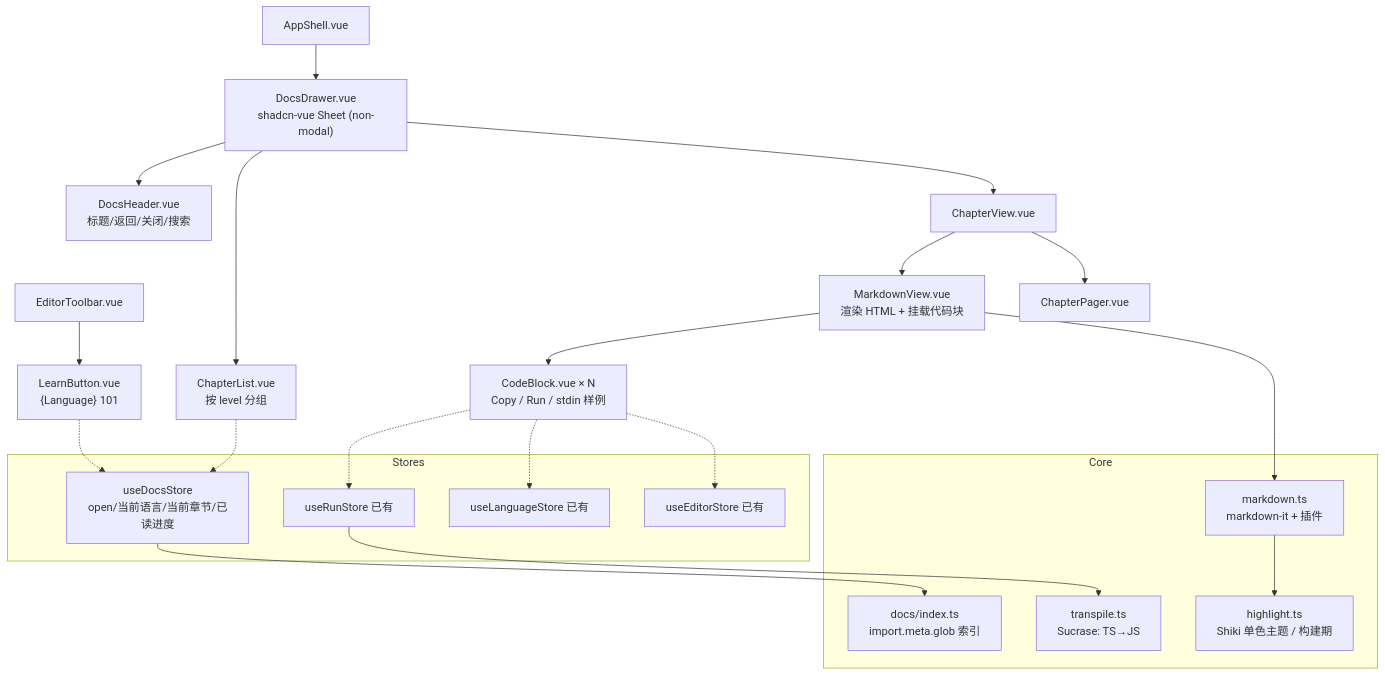
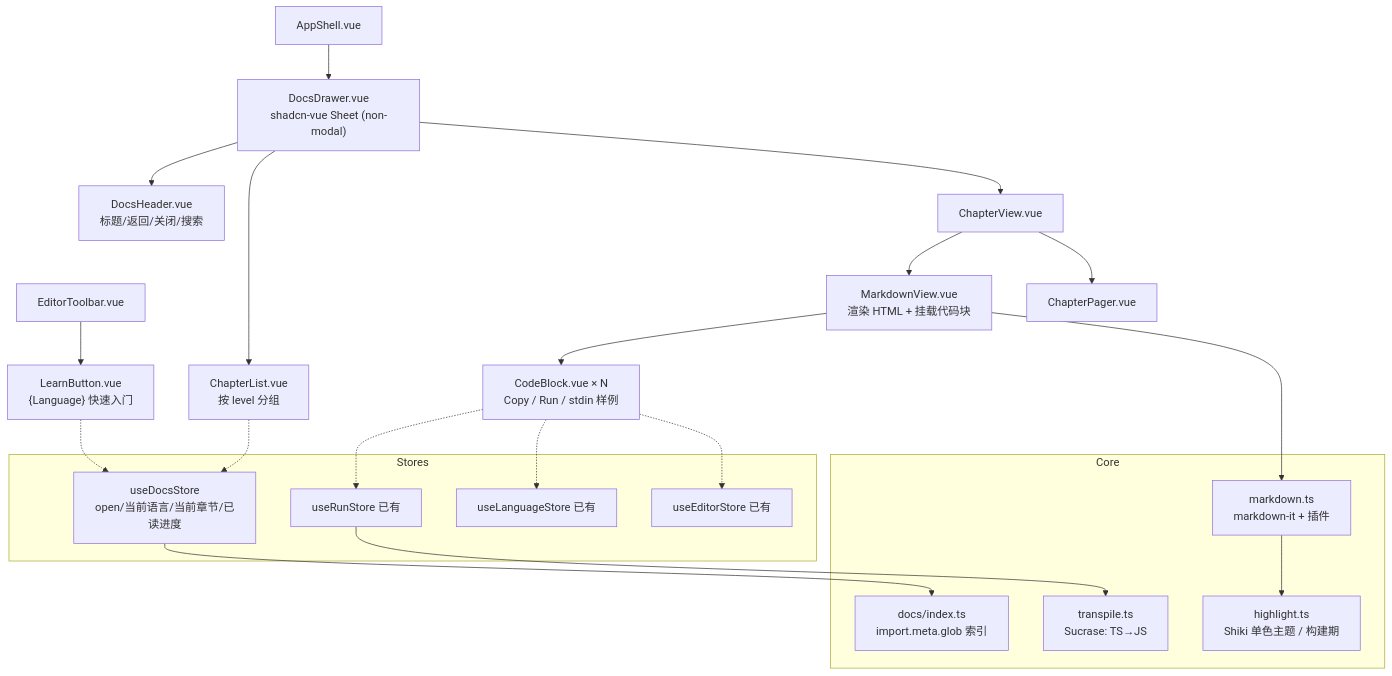
One commit to linkxzhou/SimpleCode changed the first of 4 diagrams in plan/LEARN.md. Above: the diagram before and after it, drawn with Mermaid. The commit also changed other lines of this file and 149 other files, not shown here.

First line of the commit message:
Rewrite the language books as essays and rename 101 to 快速入门 (#9)

````diff
--- a/plan/LEARN.md
+++ b/plan/LEARN.md
@@ -126,30 +127,30 @@
 ```mermaid
 graph TD
-  Toolbar[EditorToolbar.vue] --> LearnBtn["LearnButton.vue<br/>{Language} 101"]
+  Toolbar[EditorToolbar.vue] --> LearnBtn["LearnButton.vue<br/>{Language} 快速入门"]
   App[AppShell.vue] --> Drawer["DocsDrawer.vue<br/>shadcn-vue Sheet (non-modal)"]
   Drawer --> Header[DocsHeader.vue<br/>标题/返回/关闭/搜索]
   Drawer --> List[ChapterList.vue<br/>按 level 分组]
   Drawer --> View[ChapterView.vue]
   View --> MD[MarkdownView.vue<br/>渲染 HTML + 挂载代码块]
   MD --> CB[CodeBlock.vue × N<br/>Copy / Run / stdin 样例]
   View --> Pager[ChapterPager.vue]
   subgraph Stores
     DS[useDocsStore<br/>open/当前语言/当前章节/已读进度]
     LS[useLanguageStore 已有]
     ES[useEditorStore 已有]
     RS[useRunStore 已有]
   end
   subgraph Core
     IDX[docs/index.ts<br/>import.meta.glob 索引]
     REN[markdown.ts<br/>markdown-it + 插件]
     HL[highlight.ts<br/>Shiki 单色主题 / 构建期]
     TS[transpile.ts<br/>Sucrase: TS→JS]
   end
   LearnBtn -.-> DS
   List -.-> DS --> IDX
   MD --> REN --> HL
   CB -.-> RS
   CB -.-> LS
   CB -.-> ES
   RS --> TS
 ```
````
